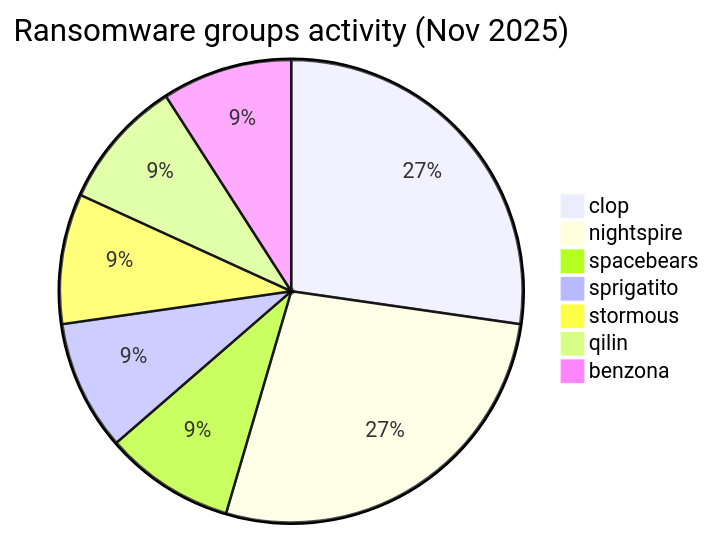
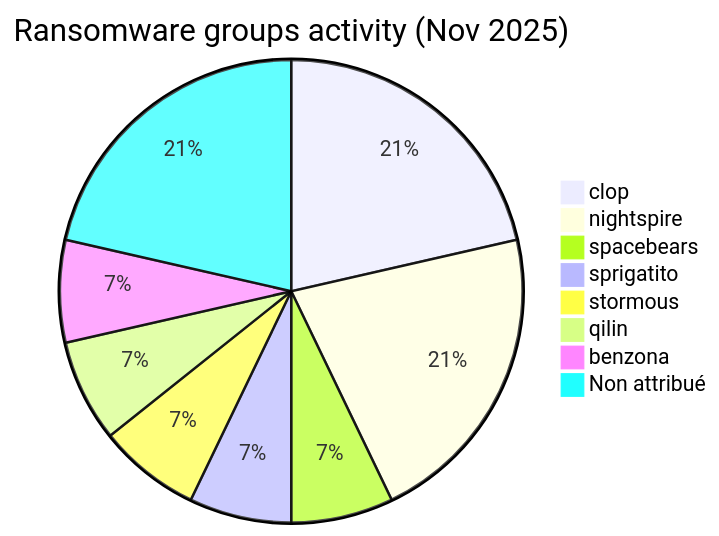
One commit to Hatchepsoute/AFRINTEL changed the first of 4 diagrams in CyberAttackAfrica/2025/11-november/README_FR.md. Above: the diagram before and after it, drawn with Mermaid. The commit also changed other lines of this file and 255 other files, not shown here.

````diff
--- a/CyberAttackAfrica/2025/11-november/README_FR.md
+++ b/CyberAttackAfrica/2025/11-november/README_FR.md
@@ -41,10 +42,11 @@
 ```mermaid
 pie title Ransomware groups activity (Nov 2025)
     "clop" : 3
     "nightspire" : 3
     "spacebears" : 1
     "sprigatito" : 1
     "stormous" : 1
     "qilin" : 1
     "benzona" : 1
+    "Non attribué" : 3
 ```
````
